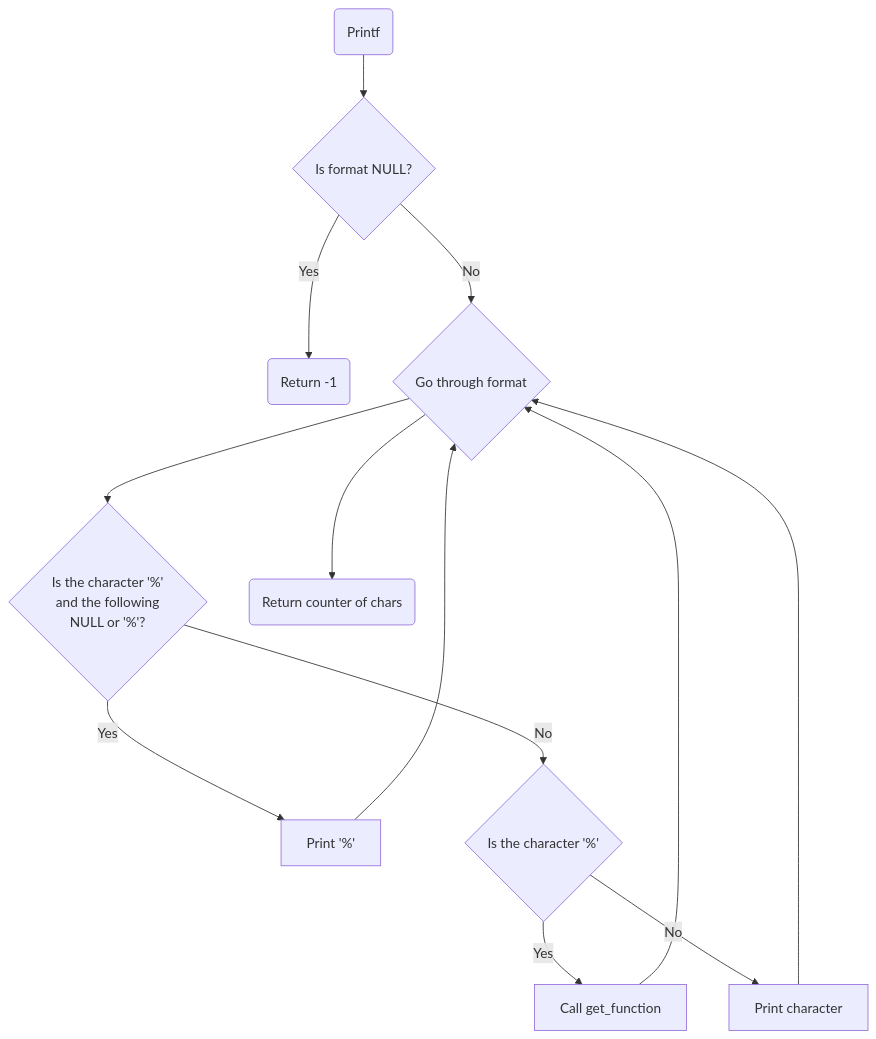
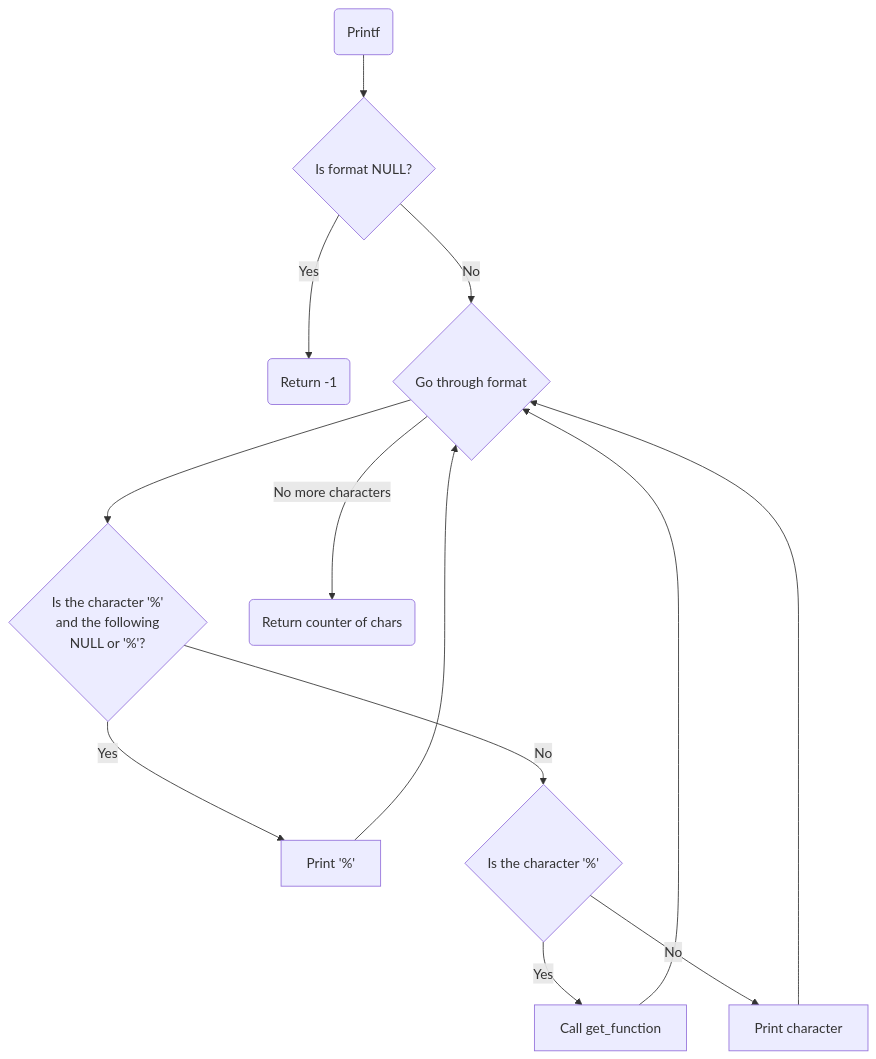
The diagram in FLOWCHART.md (gallit0/holbertonschool-printf), drawn with Mermaid before and after one commit.

````diff
--- a/FLOWCHART.md
+++ b/FLOWCHART.md
@@ -1,12 +1,12 @@
 ```mermaid
 graph TD;
 	Start(Printf)-->If0{Is format NULL?}
 	If0-->|Yes|Return0(Return -1)
 	If0-->|No|While0{Go through format}
 	While0-->If1{Is the character '%'<br> and the following<br>NULL or '%'?}
 	If1-->|Yes|Put0[Print '%']-->While0
 	If1-->|No|If2{Is the character '%'}
 	If2-->|Yes|Call0[Call get_function]-->While0
 	If2-->|No|Put1[Print character]-->While0
-	While0-->Return1(Return counter of chars)
+	While0-->|No more characters|Return1(Return counter of chars)
 ```
````
